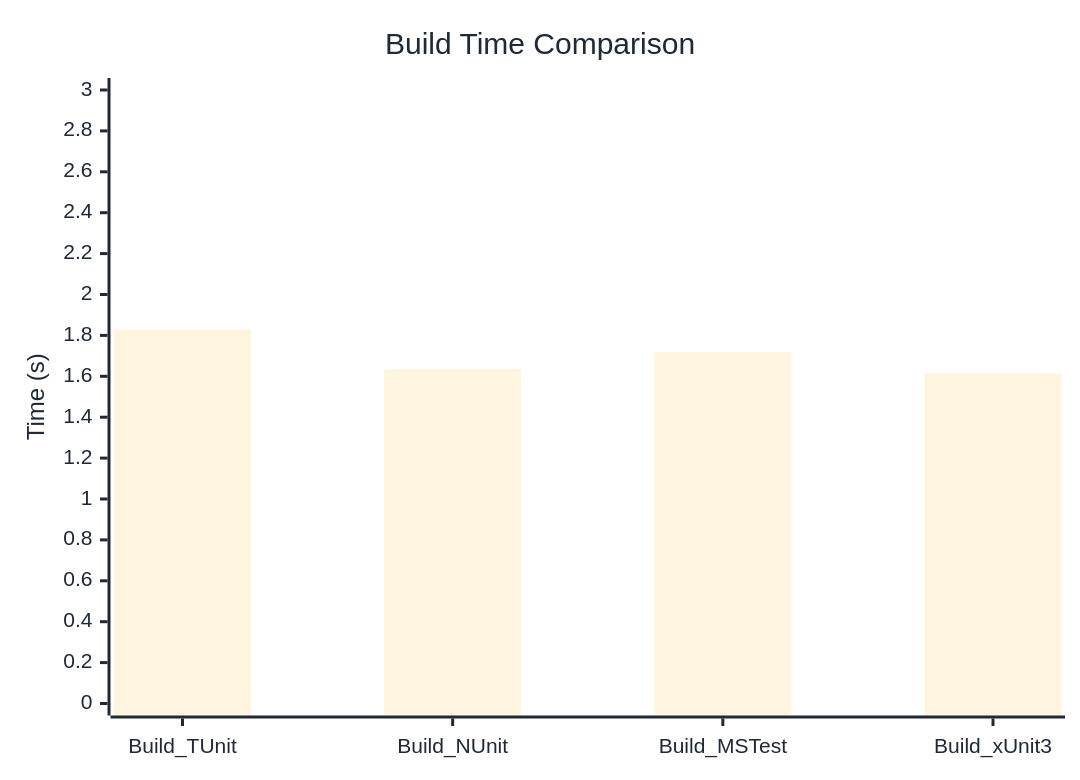
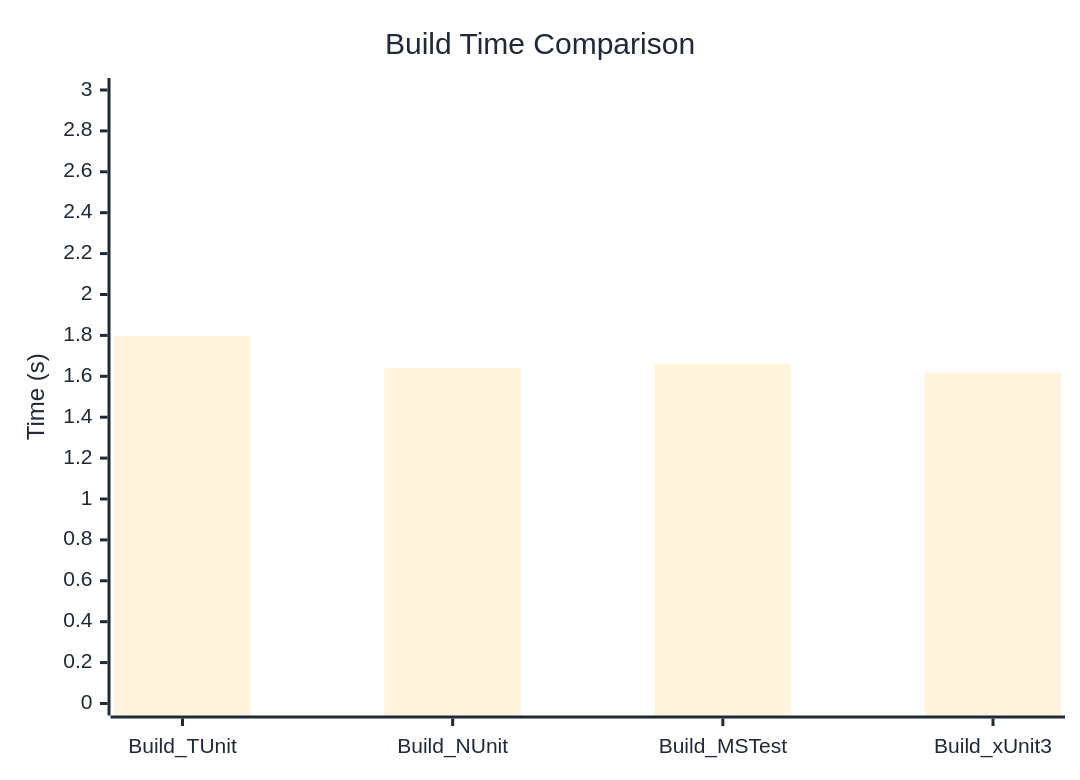
One commit to thomhurst/TUnit changed the diagram in docs/docs/benchmarks/BuildTime.md. Above: the diagram before and after it, drawn with Mermaid. The commit also changed other lines of this file and 17 other files, not shown here.

````diff
--- a/docs/docs/benchmarks/BuildTime.md
+++ b/docs/docs/benchmarks/BuildTime.md
@@ -28,37 +28,37 @@
 ```mermaid
 %%{init: {
   'theme':'base',
   'themeVariables': {
     'primaryColor': '#2563eb',
     'primaryTextColor': '#1f2937',
     'primaryBorderColor': '#1e40af',
     'lineColor': '#6b7280',
     'secondaryColor': '#7c3aed',
     'tertiaryColor': '#dc2626',
     'background': '#ffffff',
     'mainBkg': '#2563eb',
     'secondBkg': '#7c3aed',
     'tertiaryBkg': '#dc2626',
     'clusterBkg': '#f3f4f6',
     'edgeLabelBackground': '#ffffff',
     'tertiaryTextColor': '#1f2937',
     'pie1': '#2563eb',
     'pie2': '#7c3aed',
     'pie3': '#dc2626',
     'pie4': '#f59e0b',
     'pie5': '#10b981',
     'pie6': '#06b6d4',
     'pie7': '#ec4899',
     'pie8': '#6366f1',
     'pie9': '#84cc16',
     'pie10': '#f97316',
     'pie11': '#14b8a6',
     'pie12': '#a855f7'
   }
 }}%%
 xychart-beta
   title "Build Time Comparison"
   x-axis ["Build_TUnit", "Build_NUnit", "Build_MSTest", "Build_xUnit3"]
   y-axis "Time (s)" 0 --> 3
-  bar [1.829, 1.634, 1.719, 1.614]
+  bar [1.797, 1.642, 1.662, 1.618]
 ```
````
